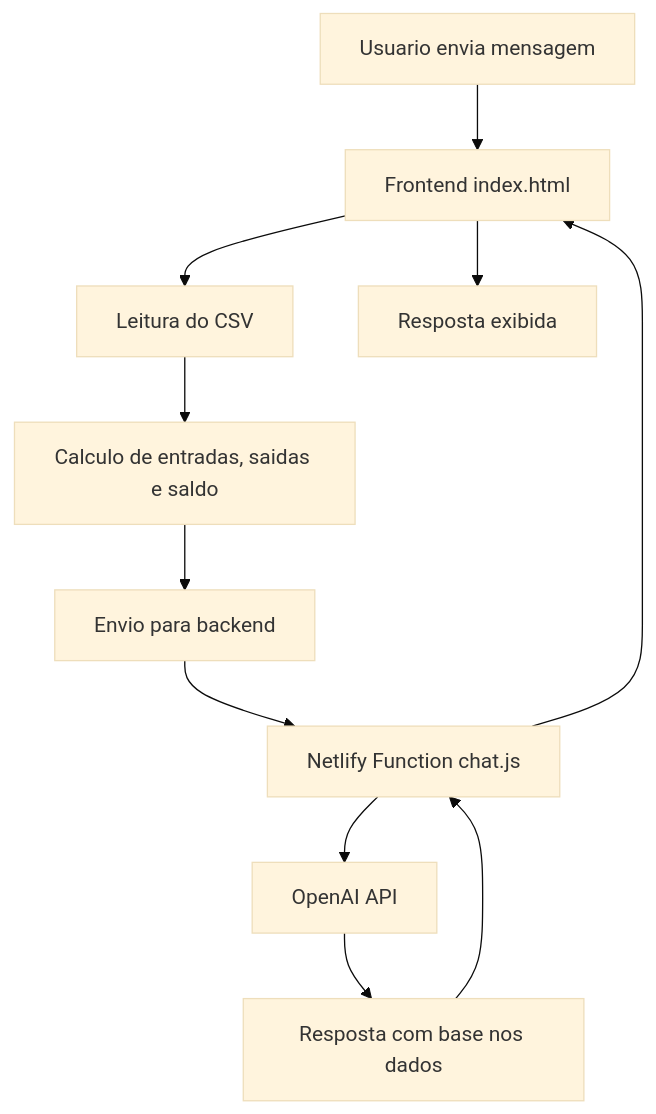
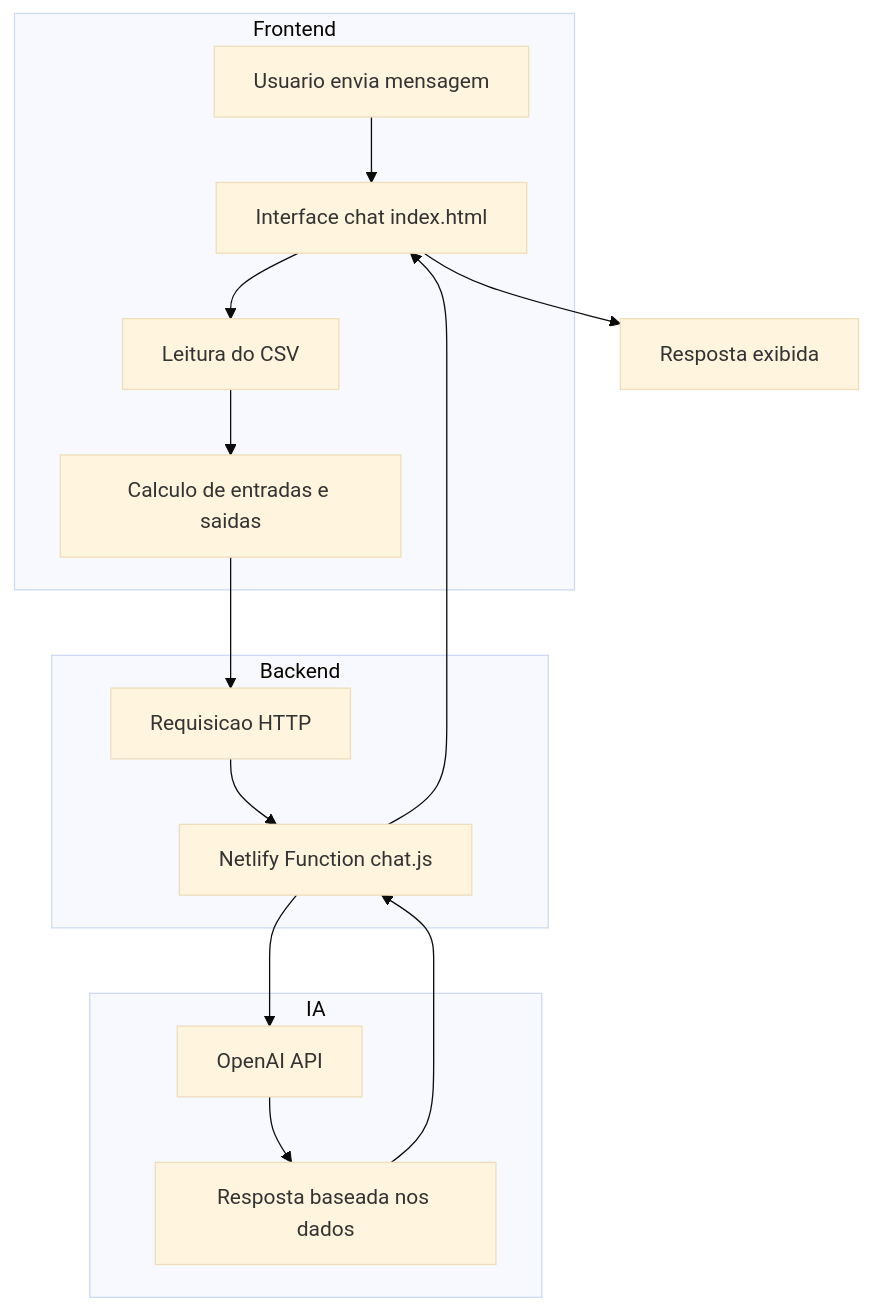
The diagram in README.md (brandaonanda/estudo_agentevirtual_IA), drawn with Mermaid (base theme) before and after one commit. The commit also changed other lines of this file, not shown here.

````diff
--- a/README.md
+++ b/README.md
@@ -75,17 +75,31 @@
 ```mermaid
 flowchart TD
 
-A[Usuario envia mensagem] --> B[Frontend index.html]
-B --> C[Leitura do CSV]
-C --> D[Calculo de entradas, saidas e saldo]
+subgraph Frontend
+A[Usuario envia mensagem]
+B[Interface chat index.html]
+C[Leitura do CSV]
+D[Calculo de entradas e saidas]
+end
 
-D --> E[Envio para backend]
-E --> F[Netlify Function chat.js]
+subgraph Backend
+E[Requisicao HTTP]
+F[Netlify Function chat.js]
+end
 
-F --> G[OpenAI API]
-G --> H[Resposta com base nos dados]
+subgraph IA
+G[OpenAI API]
+H[Resposta baseada nos dados]
+end
 
+A --> B
+B --> C
+C --> D
+D --> E
+E --> F
+F --> G
+G --> H
 H --> F
 F --> B
 B --> I[Resposta exibida]
 ```
````
